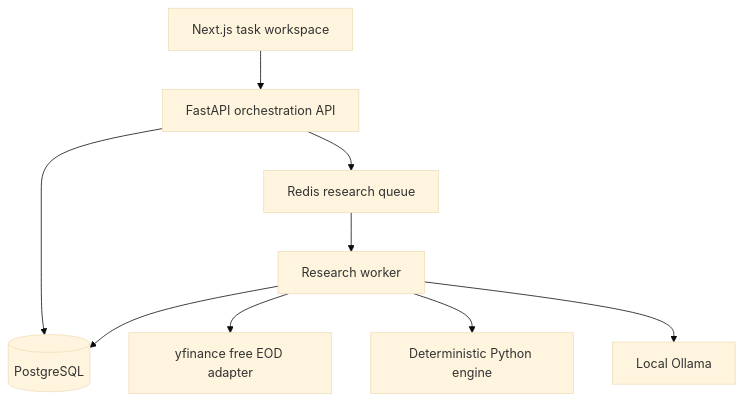
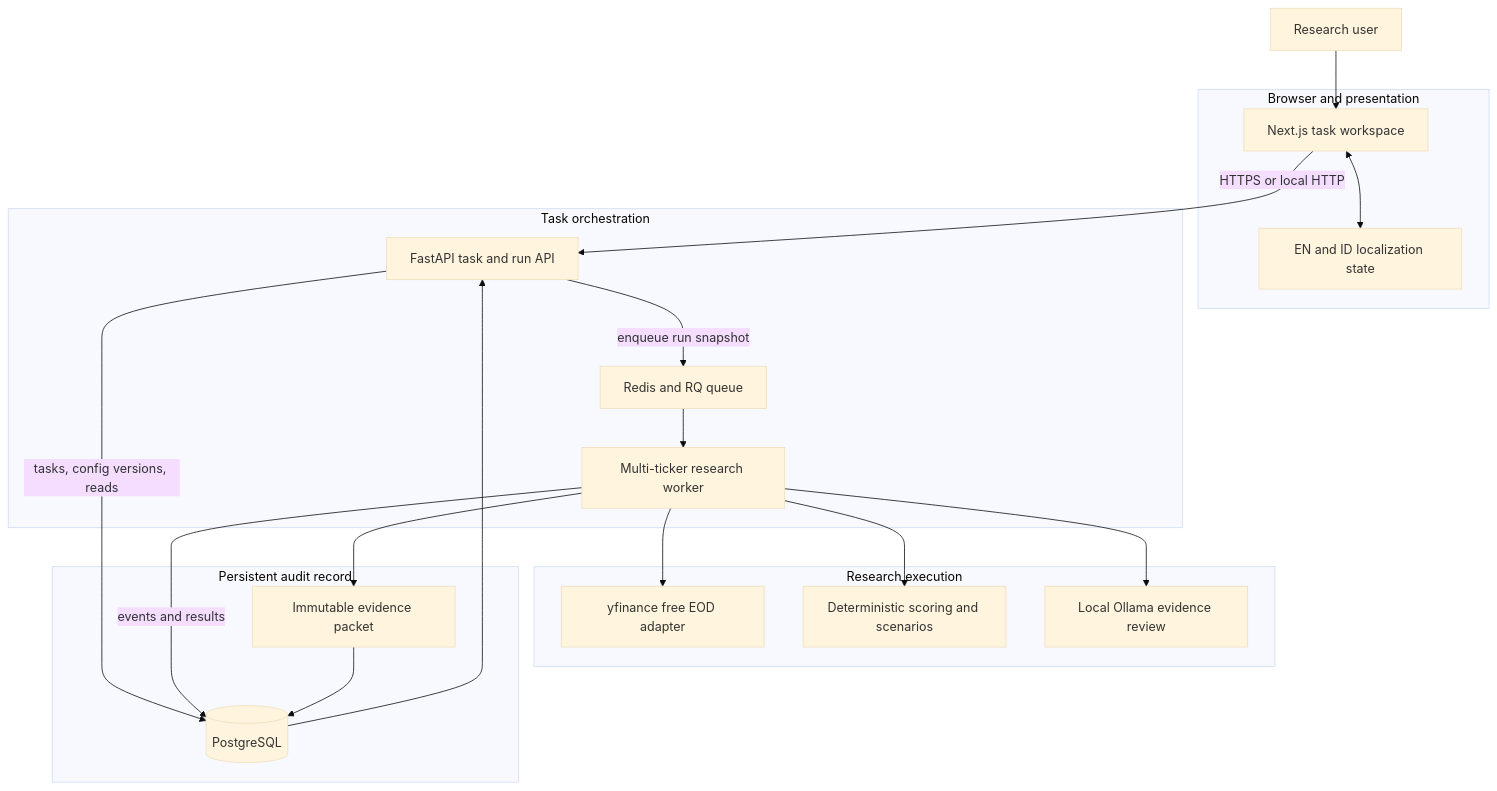
One commit to radhian/buktisaham changed the third of 3 diagrams in README.md. Above: the diagram before and after it, drawn with Mermaid (base theme). The commit also changed other lines of this file and 15 other files, not shown here.

```diff
--- a/README.md
+++ b/README.md
@@ -171,11 +185,40 @@
 ~~~mermaid
 flowchart TB
-    UI[Next.js task workspace] --> API[FastAPI orchestration API]
-    API --> DB[(PostgreSQL)]
-    API --> Q[Redis research queue]
-    Q --> W[Research worker]
-    W --> Y[yfinance free EOD adapter]
-    W --> QNT[Deterministic Python engine]
-    W --> O[Local Ollama]
-    W --> DB
+    USER[Research user]
+
+    subgraph CLIENT[Browser and presentation]
+        WEB[Next.js task workspace]
+        I18N[EN and ID localization state]
+    end
+
+    subgraph CONTROL[Task orchestration]
+        API[FastAPI task and run API]
+        QUEUE[Redis and RQ queue]
+        WORKER[Multi-ticker research worker]
+    end
+
+    subgraph ENGINE[Research execution]
+        MARKET[yfinance free EOD adapter]
+        QUANT[Deterministic scoring and scenarios]
+        OLLAMA[Local Ollama evidence review]
+    end
+
+    subgraph RECORD[Persistent audit record]
+        DB[(PostgreSQL)]
+        PACKET[Immutable evidence packet]
+    end
+
+    USER --> WEB
+    WEB <--> I18N
+    WEB -->|HTTPS or local HTTP| API
+    API -->|tasks, config versions, reads| DB
+    API -->|enqueue run snapshot| QUEUE
+    QUEUE --> WORKER
+    WORKER --> MARKET
+    WORKER --> QUANT
+    WORKER --> OLLAMA
+    WORKER -->|events and results| DB
+    WORKER --> PACKET
+    PACKET --> DB
+    DB --> API
 ~~~
```
